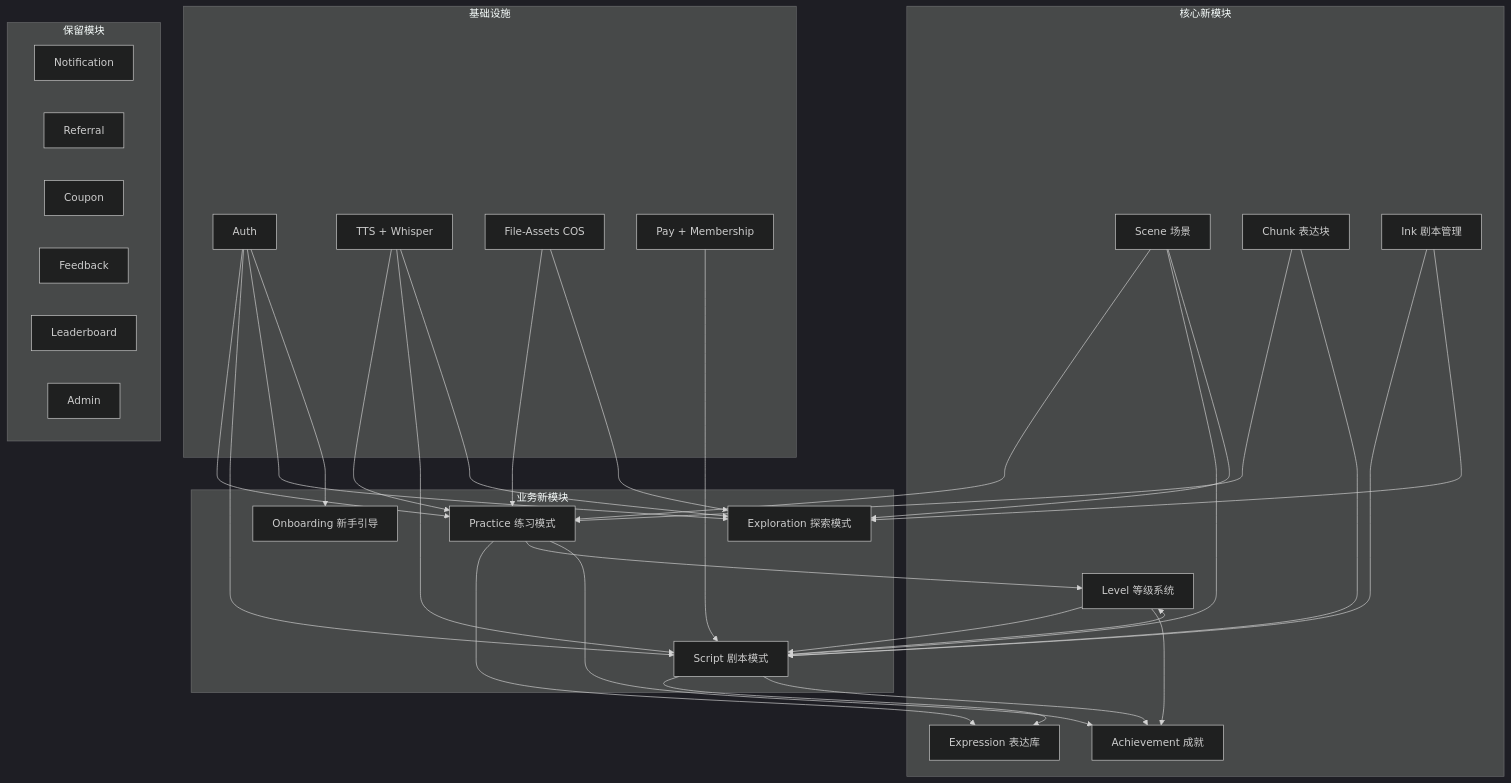
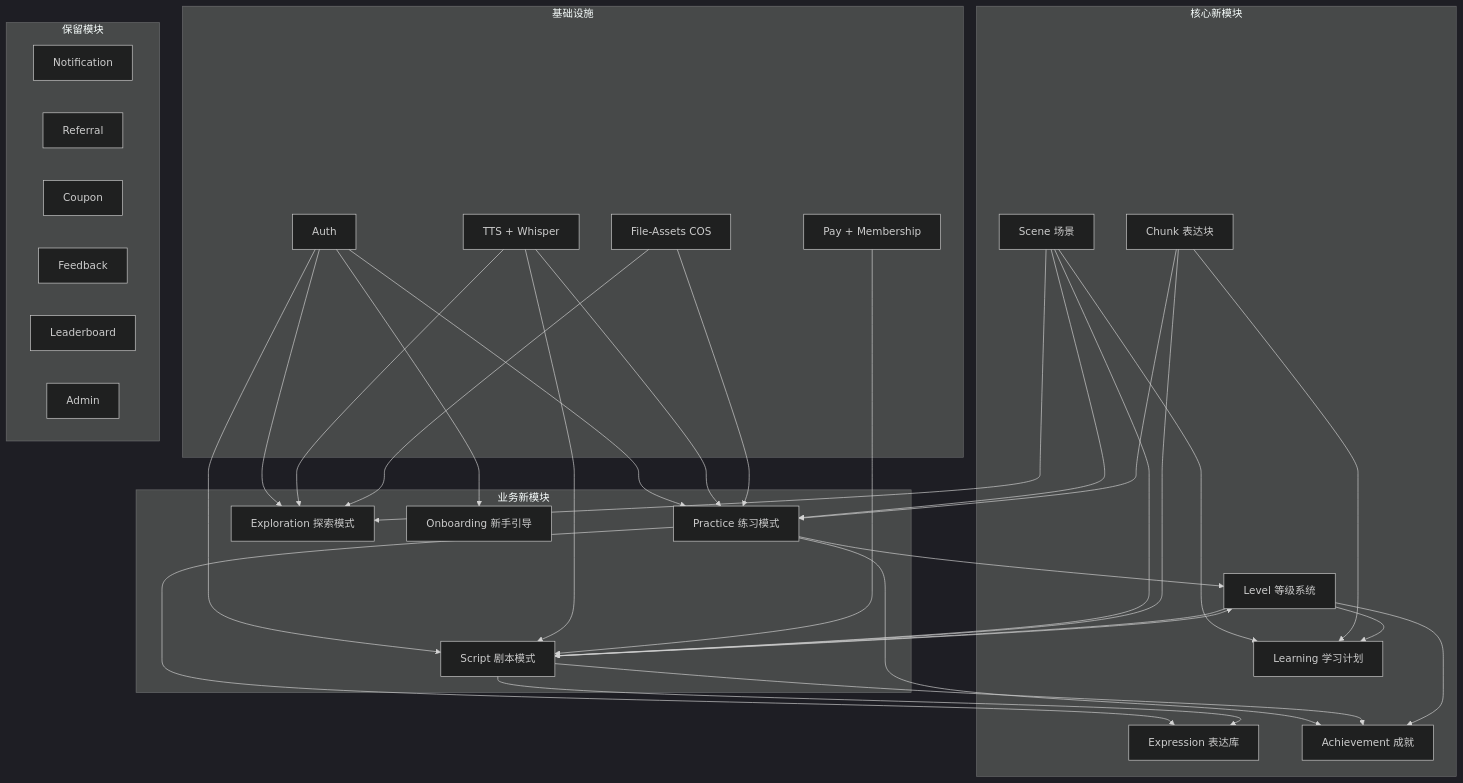
The diagram in docs/english_output_app_tech_plan.md (kirohuji/speakGuild), drawn with Mermaid (dark theme) before and after one commit. The commit also changed other lines of this file and 1 other file, not shown here.

````diff
--- a/docs/english_output_app_tech_plan.md
+++ b/docs/english_output_app_tech_plan.md
@@ -2080,63 +2166,64 @@
 ```mermaid
 flowchart TD
     subgraph 基础设施
         Auth[Auth]
         TTS[TTS + Whisper]
         COS[File-Assets COS]
         Pay[Pay + Membership]
     end
 
     subgraph 核心新模块
         Scene[Scene 场景]
         Chunk[Chunk 表达块]
         Level[Level 等级系统]
         Expression[Expression 表达库]
         Achievement[Achievement 成就]
-        Ink[Ink 剧本管理]
+        Learning[Learning 学习计划]
     end
 
     subgraph 业务新模块
         Practice[Practice 练习模式]
         Script[Script 剧本模式]
         Exploration[Exploration 探索模式]
         Onboarding[Onboarding 新手引导]
     end
 
     subgraph 保留模块
         Notification[Notification]
         Referral[Referral]
         Coupon[Coupon]
         Feedback[Feedback]
         Leaderboard[Leaderboard]
         Admin[Admin]
     end
 
     Auth --> Practice
     Auth --> Script
     Auth --> Exploration
     Auth --> Onboarding
 
     Scene --> Practice
     Scene --> Script
     Scene --> Exploration
+    Scene --> Learning
     Chunk --> Practice
     Chunk --> Script
+    Chunk --> Learning
     Level --> Script
-    Ink --> Script
-    Ink --> Exploration
+    Level --> Learning
 
     Practice --> Expression
     Script --> Expression
     Practice --> Level
     Script --> Level
     Practice --> Achievement
     Script --> Achievement
     Level --> Achievement
 
     TTS --> Practice
     TTS --> Script
     TTS --> Exploration
     COS --> Practice
     COS --> Exploration
     Pay --> Script
 ```
````
